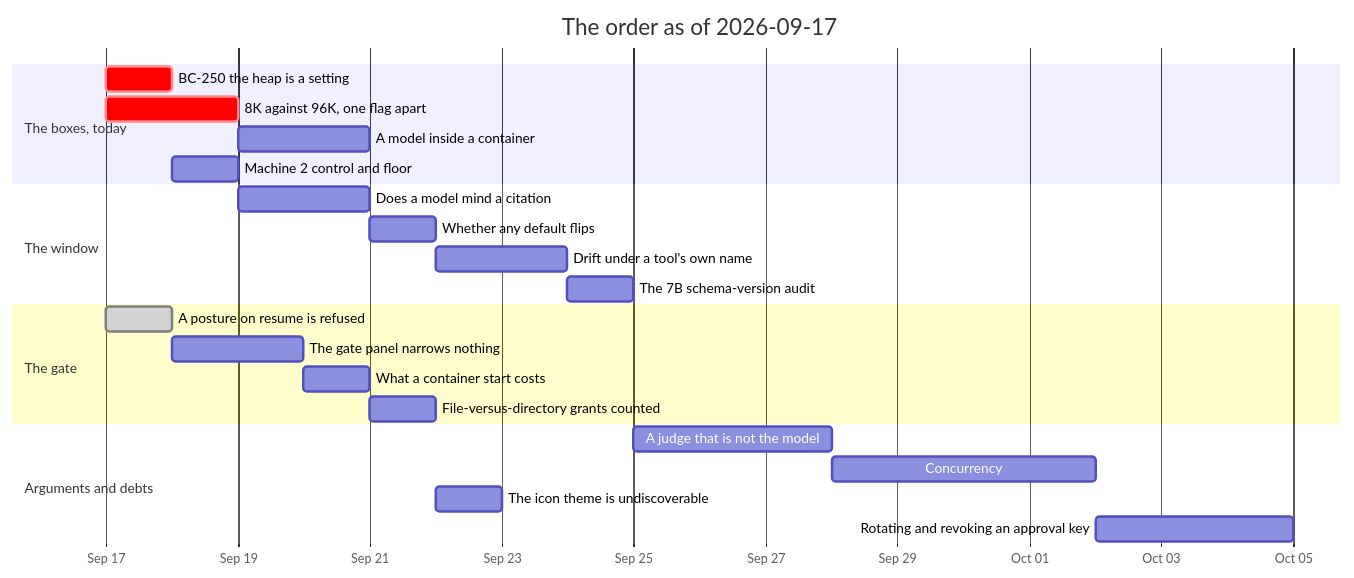
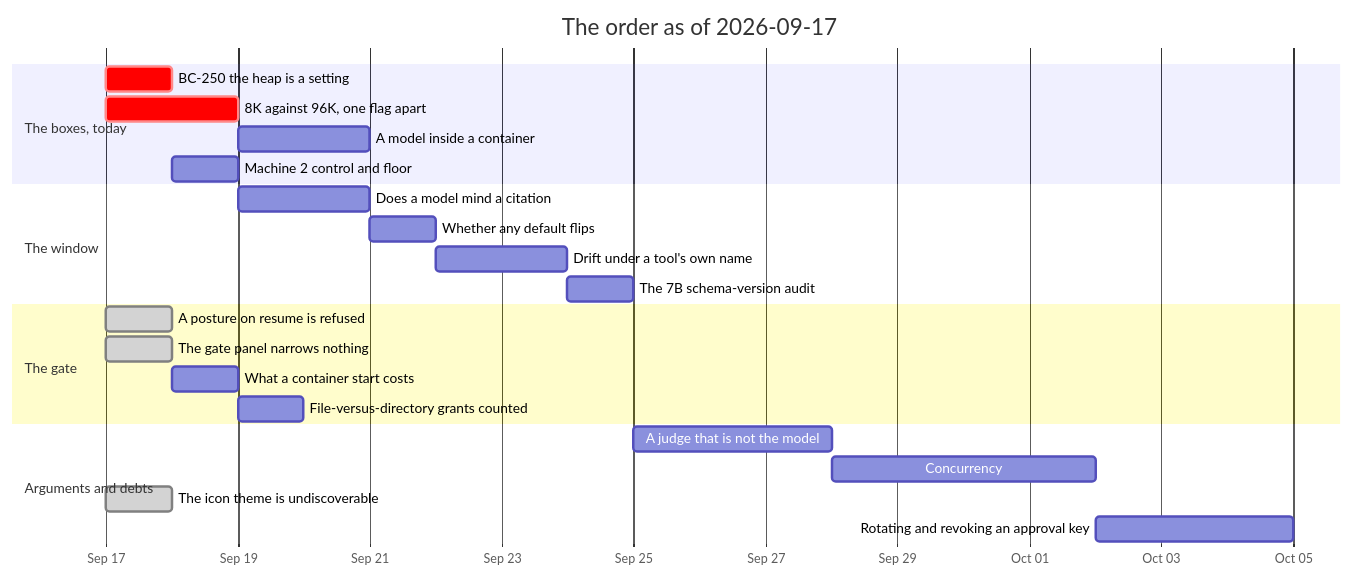
One commit to jgermade/luu changed the diagram in ROADMAP/2026-09-17/README.md. Above: the diagram before and after it, drawn with Mermaid. The commit also changed other lines of this file and 8 other files, not shown here.

````diff
--- a/ROADMAP/2026-09-17/README.md
+++ b/ROADMAP/2026-09-17/README.md
@@ -110,26 +115,26 @@
 ```mermaid
 gantt
     title The order as of 2026-09-17
     dateFormat YYYY-MM-DD
     axisFormat %b %d
     section The boxes, today
     BC-250 the heap is a setting           :crit, gtt, 2026-09-17, 1d
     8K against 96K, one flag apart         :crit, ctx, 2026-09-17, 2d
     A model inside a container             :ctr, after ctx, 2d
     Machine 2 control and floor            :m2, after gtt, 1d
     section The window
     Does a model mind a citation           :cite, after ctx, 2d
     Whether any default flips              :flip, after cite, 1d
     Drift under a tool's own name          :drift, after flip, 2d
     The 7B schema-version audit            :audit, after drift, 1d
     section The gate
     A posture on resume is refused         :done, posture, 2026-09-17, 1d
-    The gate panel narrows nothing         :panel, after posture, 2d
+    The gate panel narrows nothing         :done, panel, 2026-09-17, 1d
     What a container start costs           :cost, after panel, 1d
     File-versus-directory grants counted   :grants, after cost, 1d
     section Arguments and debts
     A judge that is not the model          :judge, after audit, 3d
     Concurrency                            :conc, after judge, 4d
-    The icon theme is undiscoverable       :icon, after grants, 1d
+    The icon theme is undiscoverable       :done, icon, 2026-09-17, 1d
     Rotating and revoking an approval key  :keys, after conc, 3d
 ```
````
